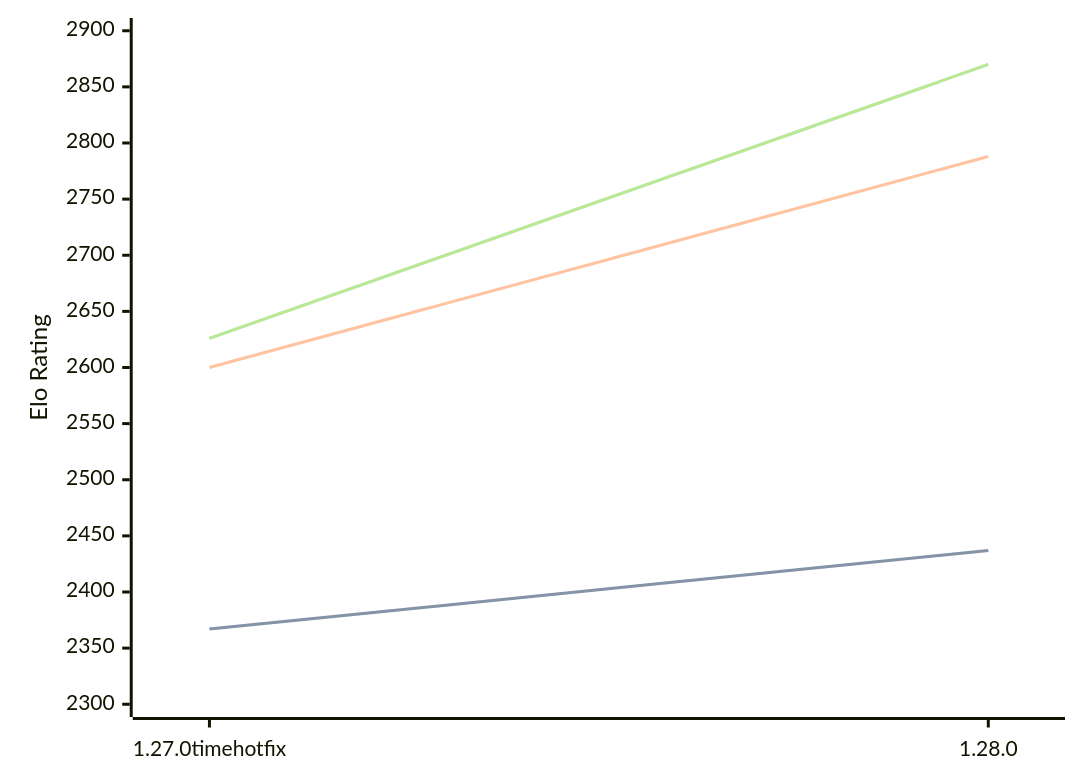
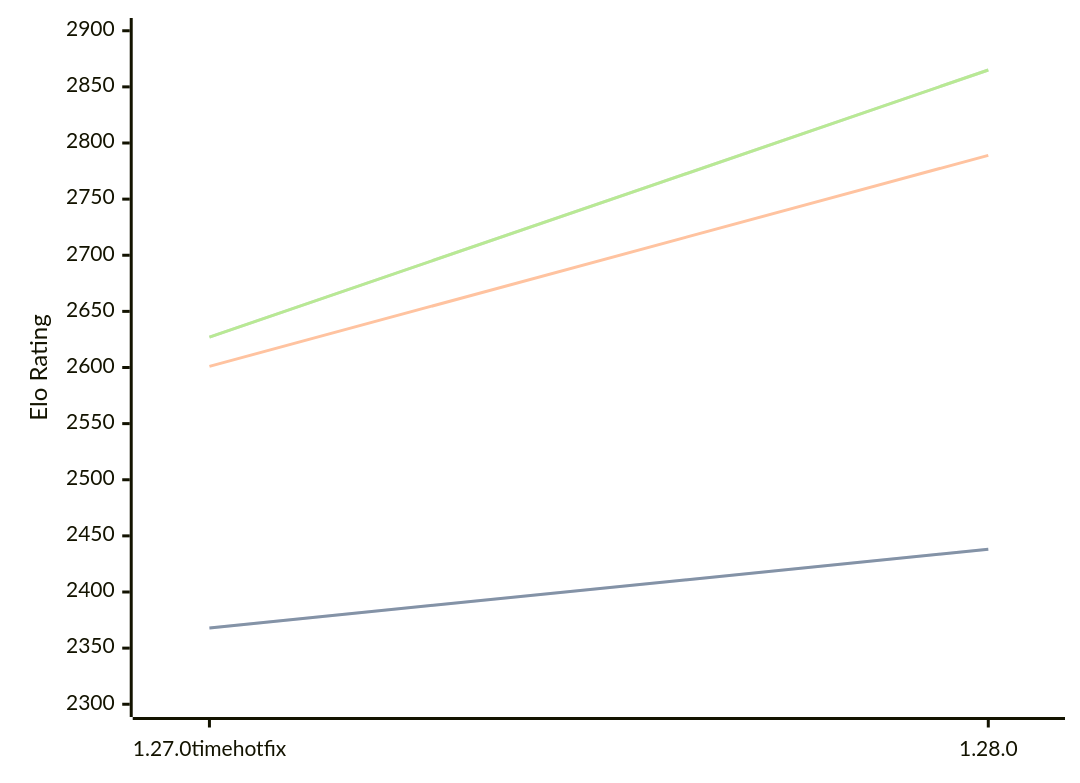
Before and after one commit to computer-chess-index/cci: the diagram in engines/Aurora.md, drawn with Mermaid. The commit also changed other lines of this file, not shown here.

Commit message:
Update CCI Ratings (ELO VLTC) - 2026-10-09

````diff
--- a/engines/Aurora.md
+++ b/engines/Aurora.md
@@ -33,11 +33,11 @@
 ```mermaid
 %%{init: {"theme":"base","themeVariables":{"seriesColors:['#a3a3a3','#222221','#faa371']}}}%%
 xychart-beta
   x-axis ["1.27.0timehotfix", "1.28.0"]
   y-axis "Elo Rating" 2300 --> 2900
-  line "" [2367, 2437]
-  line "STC (8.0+0.08s)" [2367, 2437]
-  line "LTC (60.0+0.60s)" [2600, 2788]
-  line "" [2626, 2870]
-  line "VLTC (2m24s+1.12s)" [2626, 2870]
+  line "" [2368, 2438]
+  line "STC (8.0+0.08s)" [2368, 2438]
+  line "LTC (60.0+0.60s)" [2601, 2789]
+  line "" [2627, 2865]
+  line "VLTC (2m24s+1.12s)" [2627, 2865]
 ```
````
